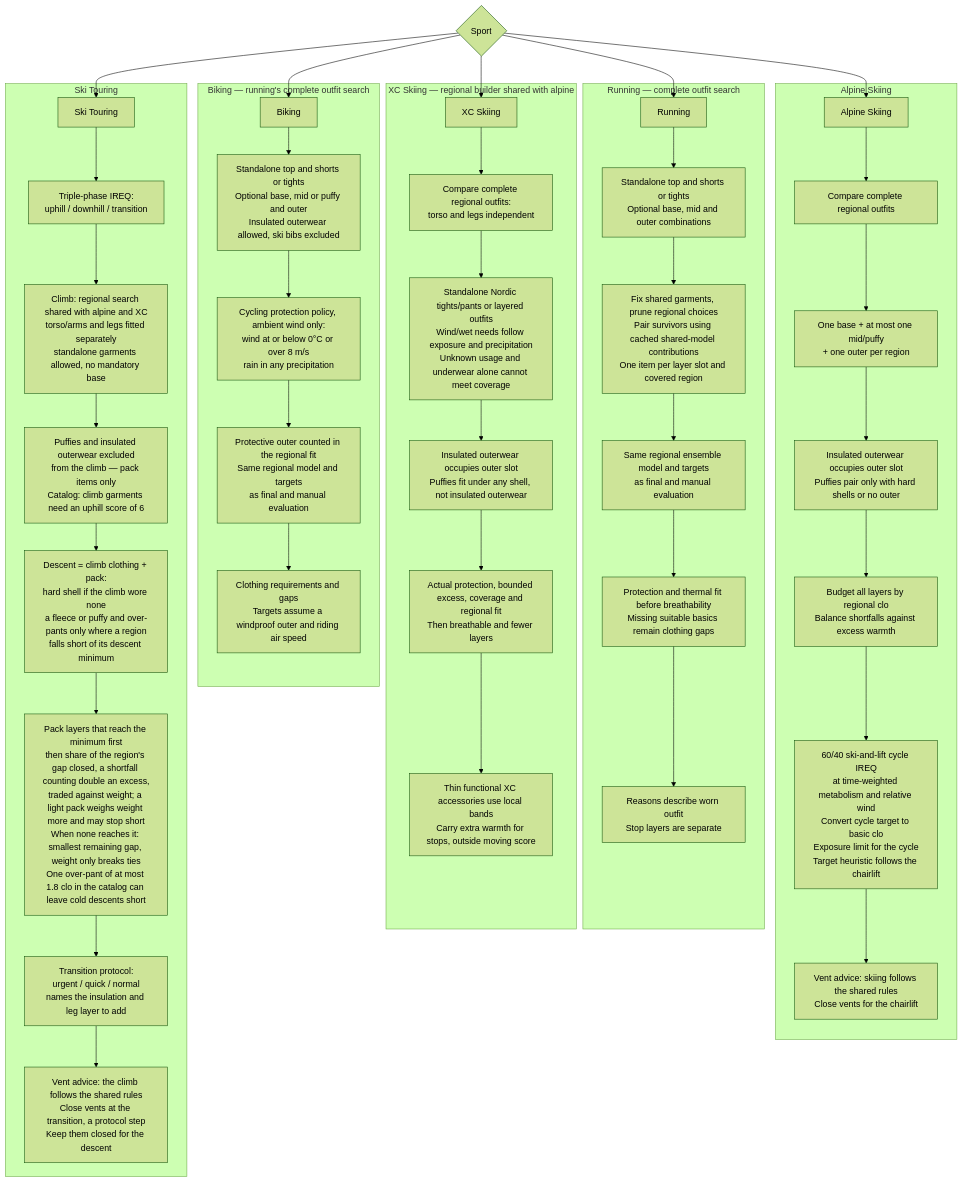
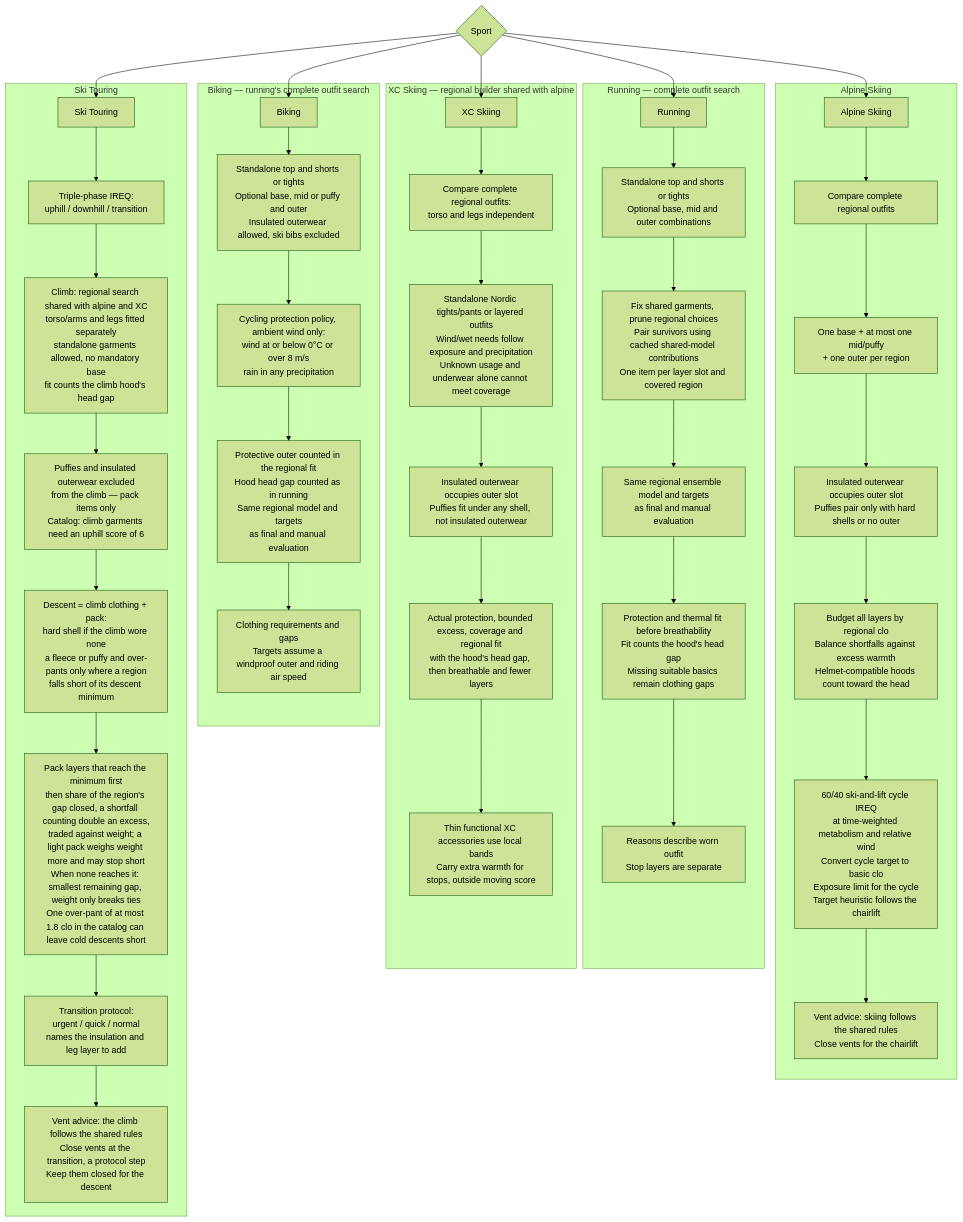
The fourth of 7 diagrams in README.md (derobertsw/swttr), drawn with Mermaid (forest theme) before and after one commit. The commit also changed other lines of this file and 17 other files, not shown here.

First line of the commit message:
Count hood head warmth when choosing torso layers (#413)

````diff
--- a/README.md
+++ b/README.md
@@ -187,50 +194,50 @@
 ```mermaid
 graph TD
     SPORT{Sport} --> RUN[Running]
     SPORT --> BIKE[Biking]
     SPORT --> ALP[Alpine Skiing]
     SPORT --> XC[XC Skiing]
     SPORT --> TOUR[Ski Touring]
 
     subgraph "Running — complete outfit search"
         RUN --> R1[Standalone top and shorts or tights<br/>Optional base, mid and outer combinations]
         R1 --> R2[Fix shared garments, prune regional choices<br/>Pair survivors using cached shared-model contributions<br/>One item per layer slot and covered region]
         R2 --> R3[Same regional ensemble model and targets<br/>as final and manual evaluation]
-        R3 --> R4[Protection and thermal fit before breathability<br/>Missing suitable basics remain clothing gaps]
+        R3 --> R4[Protection and thermal fit before breathability<br/>Fit counts the hood's head gap<br/>Missing suitable basics remain clothing gaps]
         R4 --> R5[Reasons describe worn outfit<br/>Stop layers are separate]
     end
 
     subgraph "Biking — running's complete outfit search"
         BIKE --> B1[Standalone top and shorts or tights<br/>Optional base, mid or puffy and outer<br/>Insulated outerwear allowed, ski bibs excluded]
         B1 --> B2[Cycling protection policy, ambient wind only:<br/>wind at or below 0°C or over 8 m/s<br/>rain in any precipitation]
-        B2 --> B3[Protective outer counted in the regional fit<br/>Same regional model and targets<br/>as final and manual evaluation]
+        B2 --> B3[Protective outer counted in the regional fit<br/>Hood head gap counted as in running<br/>Same regional model and targets<br/>as final and manual evaluation]
         B3 --> B4[Clothing requirements and gaps<br/>Targets assume a windproof outer and riding air speed]
     end
 
     subgraph "Alpine Skiing"
         ALP --> A1[Compare complete regional outfits]
         A1 --> A2[One base + at most one mid/puffy<br/>+ one outer per region]
         A2 --> A3[Insulated outerwear occupies outer slot<br/>Puffies pair only with hard shells or no outer]
-        A3 --> A4[Budget all layers by regional clo<br/>Balance shortfalls against excess warmth]
+        A3 --> A4[Budget all layers by regional clo<br/>Balance shortfalls against excess warmth<br/>Helmet-compatible hoods count toward the head]
         A4 --> A5[60/40 ski-and-lift cycle IREQ<br/>at time-weighted metabolism and relative wind<br/>Convert cycle target to basic clo<br/>Exposure limit for the cycle<br/>Target heuristic follows the chairlift]
         A5 --> A6[Vent advice: skiing follows the shared rules<br/>Close vents for the chairlift]
     end
 
     subgraph "XC Skiing — regional builder shared with alpine"
         XC --> X1[Compare complete regional outfits:<br/>torso and legs independent]
         X1 --> X2[Standalone Nordic tights/pants or layered outfits<br/>Wind/wet needs follow exposure and precipitation<br/>Unknown usage and underwear alone cannot meet coverage]
         X2 --> X3[Insulated outerwear occupies outer slot<br/>Puffies fit under any shell, not insulated outerwear]
-        X3 --> X4[Actual protection, bounded excess, coverage and regional fit<br/>Then breathable and fewer layers]
+        X3 --> X4[Actual protection, bounded excess, coverage and regional fit<br/>with the hood's head gap, then breathable and fewer layers]
         X4 --> X5[Thin functional XC accessories use local bands<br/>Carry extra warmth for stops, outside moving score]
     end
 
     subgraph "Ski Touring"
         TOUR --> T1a[Triple-phase IREQ:<br/>uphill / downhill / transition]
-        T1a --> T2a[Climb: regional search shared with alpine and XC<br/>torso/arms and legs fitted separately<br/>standalone garments allowed, no mandatory base]
+        T1a --> T2a[Climb: regional search shared with alpine and XC<br/>torso/arms and legs fitted separately<br/>standalone garments allowed, no mandatory base<br/>fit counts the climb hood's head gap]
         T2a --> T3a[Puffies and insulated outerwear excluded<br/>from the climb — pack items only<br/>Catalog: climb garments need an uphill score of 6]
         T3a --> T4a[Descent = climb clothing + pack:<br/>hard shell if the climb wore none<br/>a fleece or puffy and over-pants only where a region<br/>falls short of its descent minimum]
         T4a --> T6a[Pack layers that reach the minimum first<br/>then share of the region's gap closed, a shortfall counting double an excess,<br/>traded against weight; a light pack weighs weight more and may stop short<br/>When none reaches it: smallest remaining gap, weight only breaks ties<br/>One over-pant of at most 1.8 clo in the catalog can leave cold descents short]
         T6a --> T5a[Transition protocol:<br/>urgent / quick / normal<br/>names the insulation and leg layer to add]
         T5a --> T7a[Vent advice: the climb follows the shared rules<br/>Close vents at the transition, a protocol step<br/>Keep them closed for the descent]
     end
 ```
````
